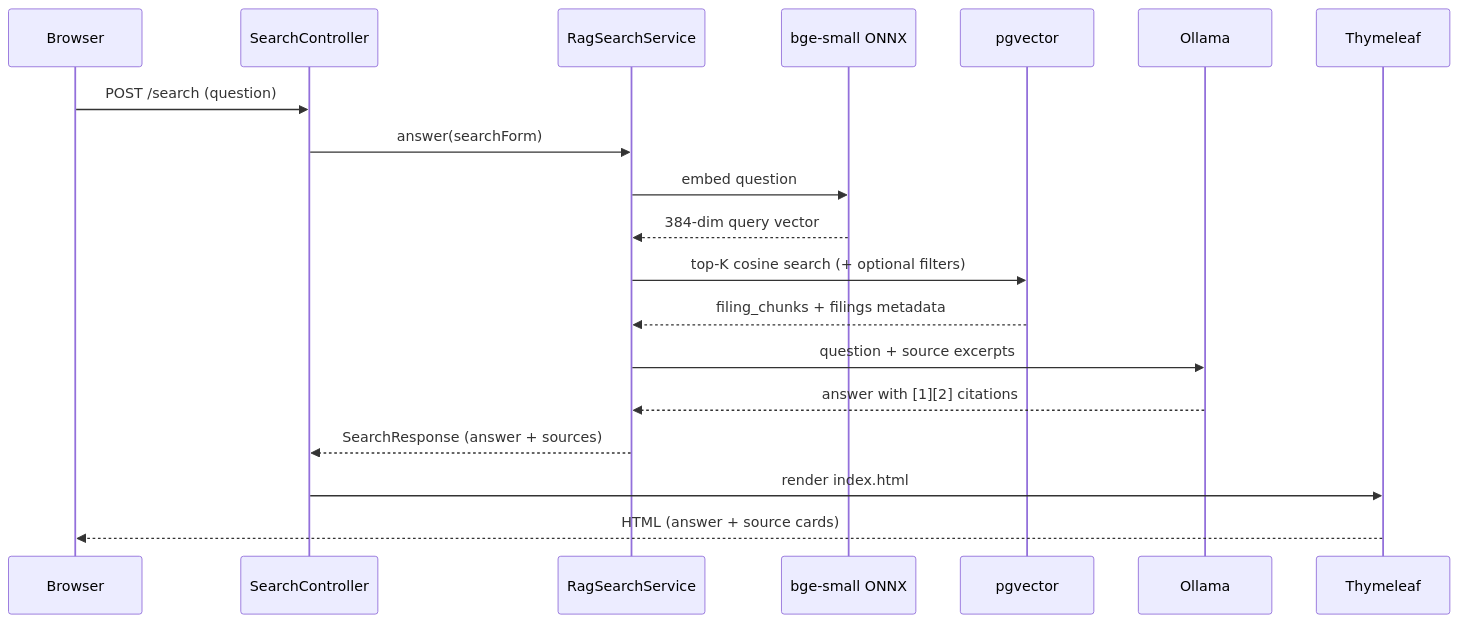
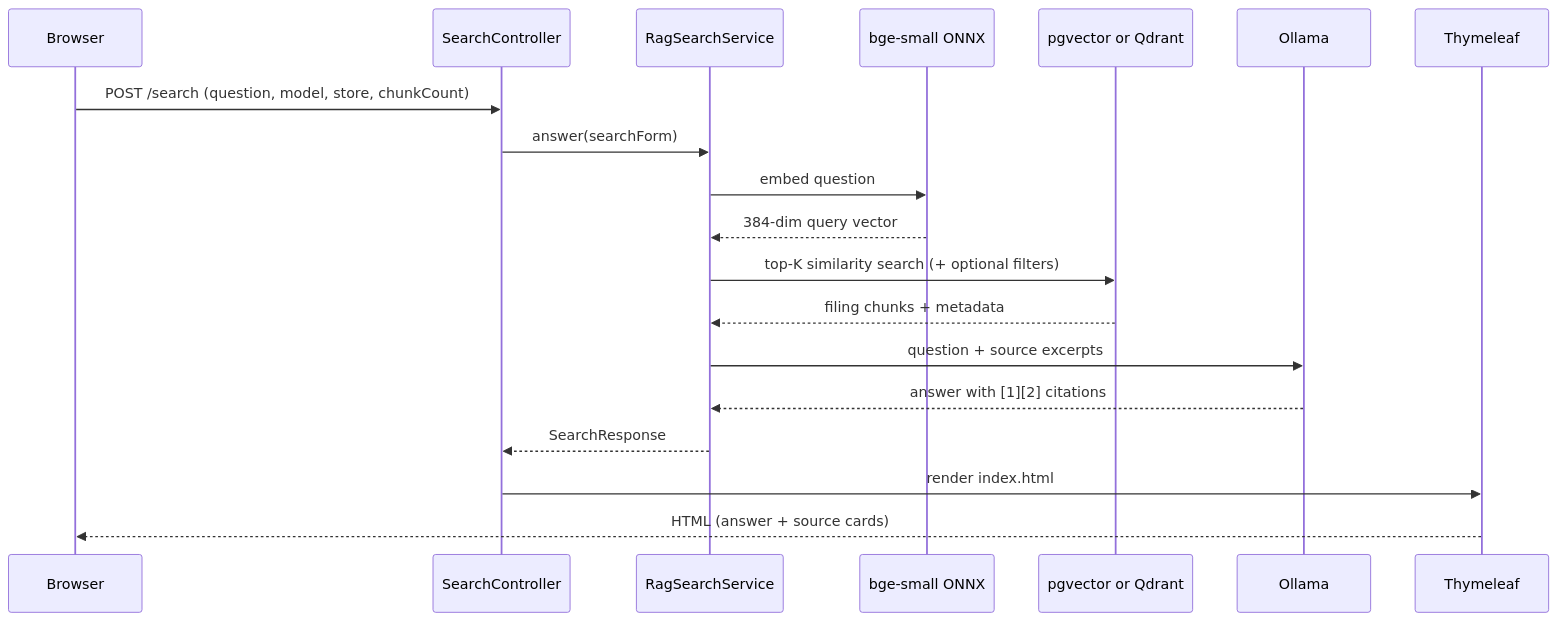
The diagram in README.md (sanjuthomas/sec-edgar-filings-semantic-search-ui), drawn with Mermaid before and after one commit. The commit also changed other lines of this file and 7 other files, not shown here.

````diff
--- a/README.md
+++ b/README.md
@@ -162,22 +154,22 @@
 ```mermaid
 sequenceDiagram
     participant Browser
     participant Controller as SearchController
     participant RAG as RagSearchService
     participant Embed as bge-small ONNX
-    participant PG as pgvector
+    participant Store as pgvector or Qdrant
     participant LLM as Ollama
     participant View as Thymeleaf
 
-    Browser->>Controller: POST /search (question)
+    Browser->>Controller: POST /search (question, model, store, chunkCount)
     Controller->>RAG: answer(searchForm)
     RAG->>Embed: embed question
     Embed-->>RAG: 384-dim query vector
-    RAG->>PG: top-K cosine search (+ optional filters)
-    PG-->>RAG: filing_chunks + filings metadata
+    RAG->>Store: top-K similarity search (+ optional filters)
+    Store-->>RAG: filing chunks + metadata
     RAG->>LLM: question + source excerpts
     LLM-->>RAG: answer with [1][2] citations
-    RAG-->>Controller: SearchResponse (answer + sources)
+    RAG-->>Controller: SearchResponse
     Controller->>View: render index.html
     View-->>Browser: HTML (answer + source cards)
 ```
````
